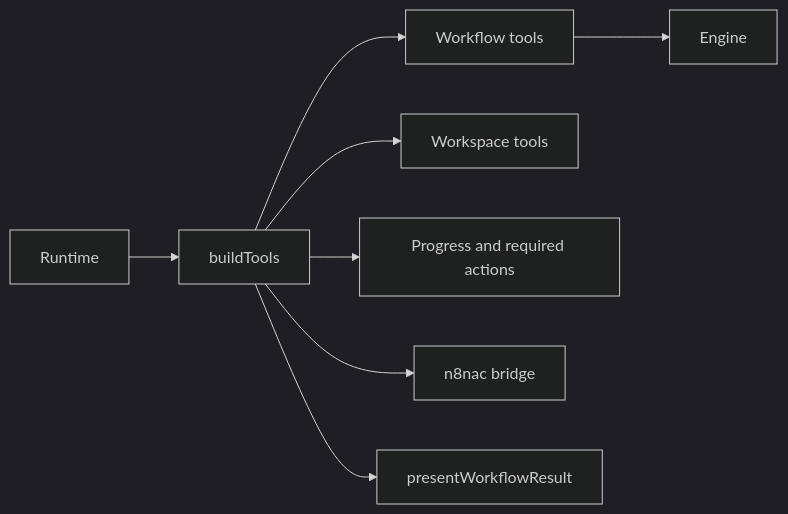
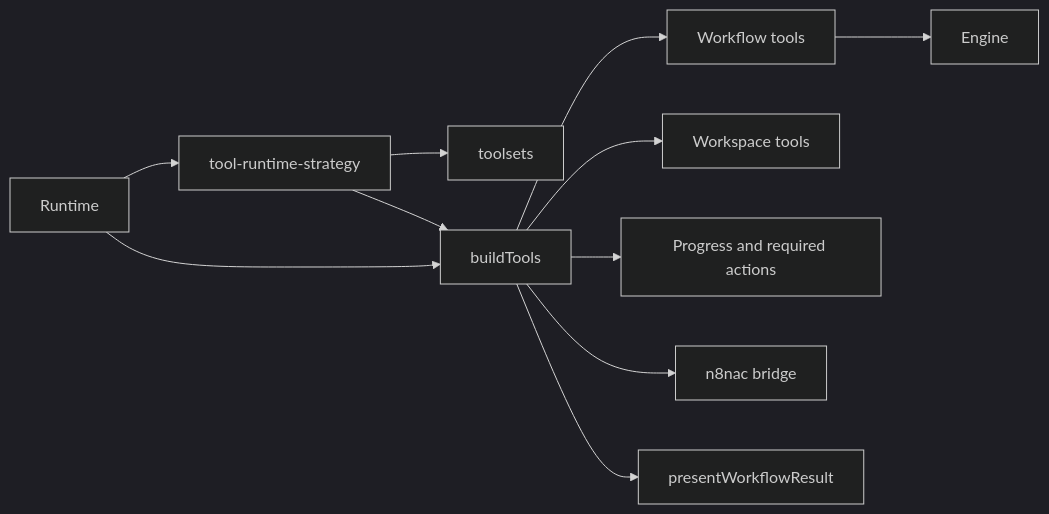
Before and after one commit to EtienneLescot/yagr: the fourth of 4 diagrams in architecture/current/module-map.md, drawn with Mermaid (dark theme). The commit also changed other lines of this file and 3 other files, not shown here.

Commit message:
refactor: update architecture documentation to enhance clarity on module responsibilities and runtime flows

````diff
--- a/architecture/current/module-map.md
+++ b/architecture/current/module-map.md
@@ -111,19 +153,24 @@
 ```mermaid
 flowchart LR
     RT[Runtime]
+    POL[tool-runtime-strategy]
+    SETS[toolsets]
     BT[buildTools]
     WF[Workflow tools]
     WS[Workspace tools]
     UX[Progress and required actions]
     CLI[n8nac bridge]
     PRES[presentWorkflowResult]
     ENG[Engine]
 
     RT --> BT
+    RT --> POL
+    POL --> SETS
+    POL --> BT
     BT --> WF
     BT --> WS
     BT --> UX
     BT --> CLI
     BT --> PRES
     WF --> ENG
 ```
````
